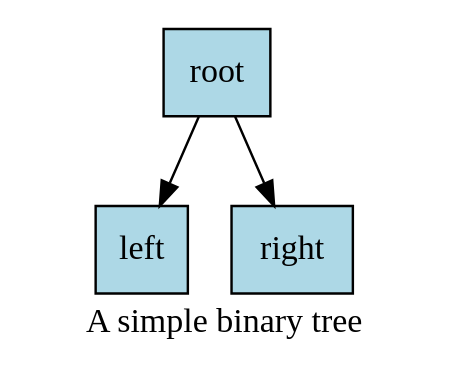
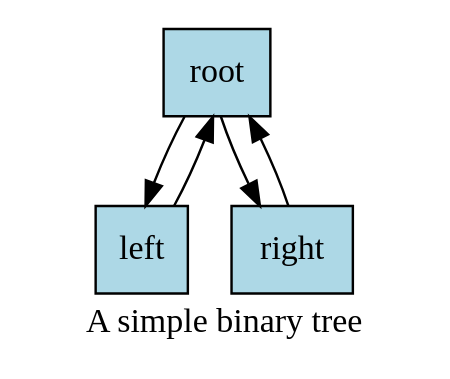
One commit to DaveParillo/intermediate-cpp changed the first of 4 diagrams in _sources/containers/associative-containers.rst. Above: the diagram before and after it, drawn with Graphviz. The commit also changed other lines of this file and 2 other files, not shown here.

```diff
--- a/_sources/containers/associative-containers.rst
+++ b/_sources/containers/associative-containers.rst
@@ -106,13 +110,15 @@
 .. digraph:: a_tree
    :alt: A simple binary tree
 
    graph [
           labelloc=b;
           label="A simple binary tree";
        ];
 
    node [fontname = "Bitstream Vera Sans", fontsize=14,
                  style=filled, fillcolor=lightblue,
                  shape=record, width=0.5, height=.5]
 
    root -> left,right
+   left -> root
+   right -> root
```
